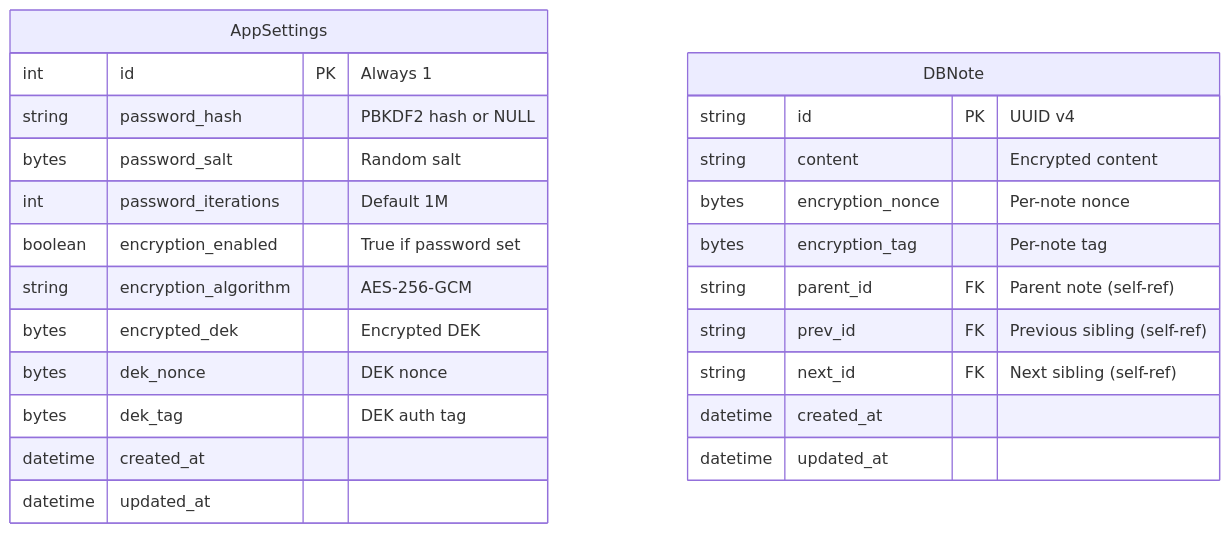
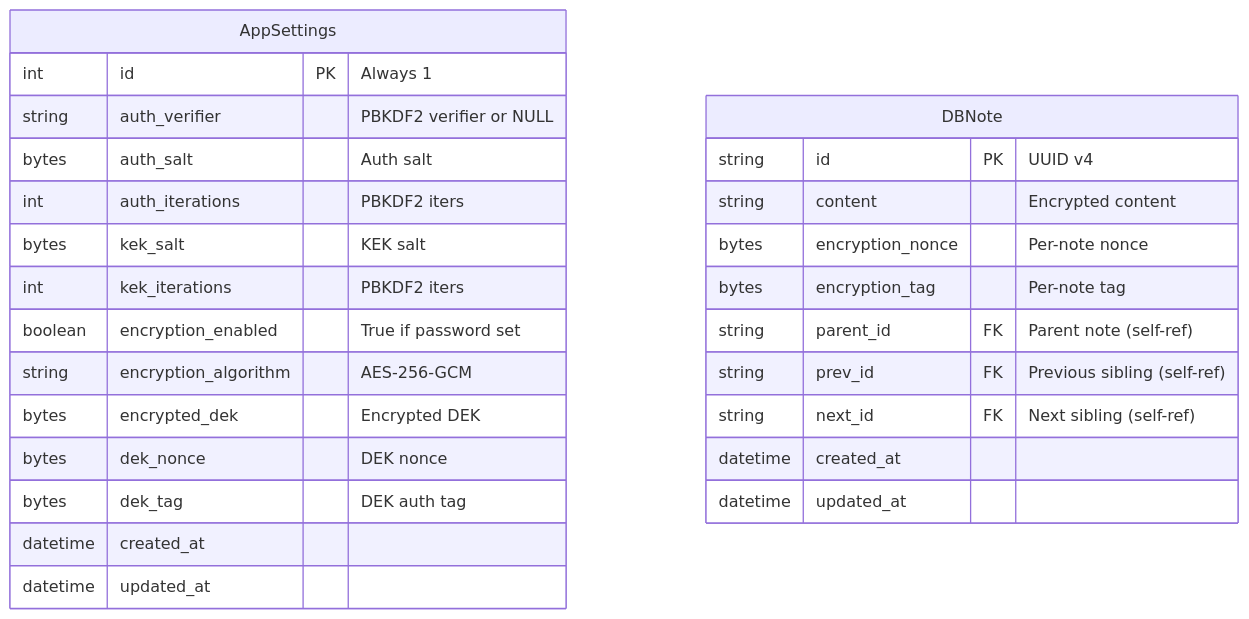
One commit to evolvingstuff/metalist changed the diagram in docs/diagrams/database-schema.md. Above: the diagram before and after it, drawn with Mermaid. The commit also changed 8 other files, not shown here.

Commit message:
separate auth verifier (better cypto)

````diff
--- a/docs/diagrams/database-schema.md
+++ b/docs/diagrams/database-schema.md
@@ -5,28 +5,30 @@
 ```mermaid
 erDiagram
     AppSettings {
         int id PK "Always 1"
-        string password_hash "PBKDF2 hash or NULL"
-        bytes password_salt "Random salt"
-        int password_iterations "Default 1M"
+        string auth_verifier "PBKDF2 verifier or NULL"
+        bytes auth_salt "Auth salt"
+        int auth_iterations "PBKDF2 iters"
+        bytes kek_salt "KEK salt"
+        int kek_iterations "PBKDF2 iters"
         boolean encryption_enabled "True if password set"
         string encryption_algorithm "AES-256-GCM"
         bytes encrypted_dek "Encrypted DEK"
         bytes dek_nonce "DEK nonce"
         bytes dek_tag "DEK auth tag"
         datetime created_at
         datetime updated_at
     }
     
     DBNote {
         string id PK "UUID v4"
         string content "Encrypted content"
         bytes encryption_nonce "Per-note nonce"
         bytes encryption_tag "Per-note tag"
         string parent_id FK "Parent note (self-ref)"
         string prev_id FK "Previous sibling (self-ref)"
         string next_id FK "Next sibling (self-ref)"
         datetime created_at
         datetime updated_at
     }
 ```
````
